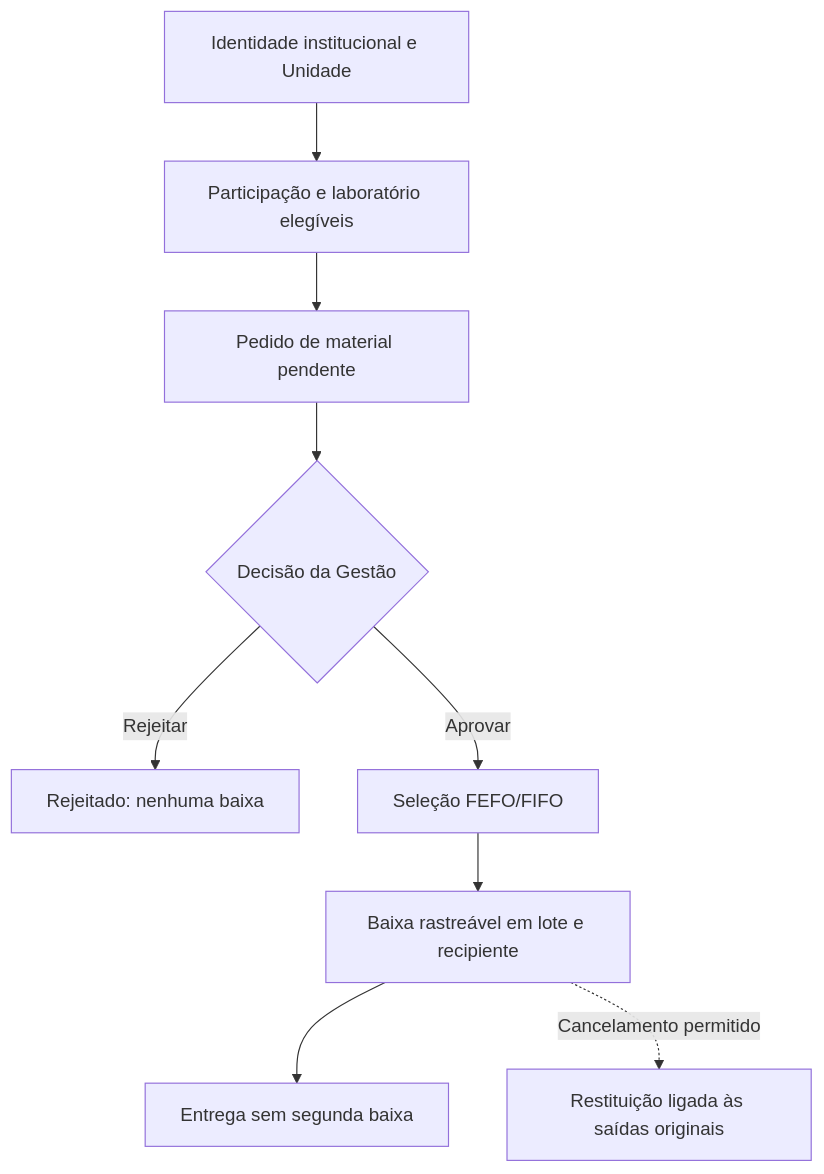
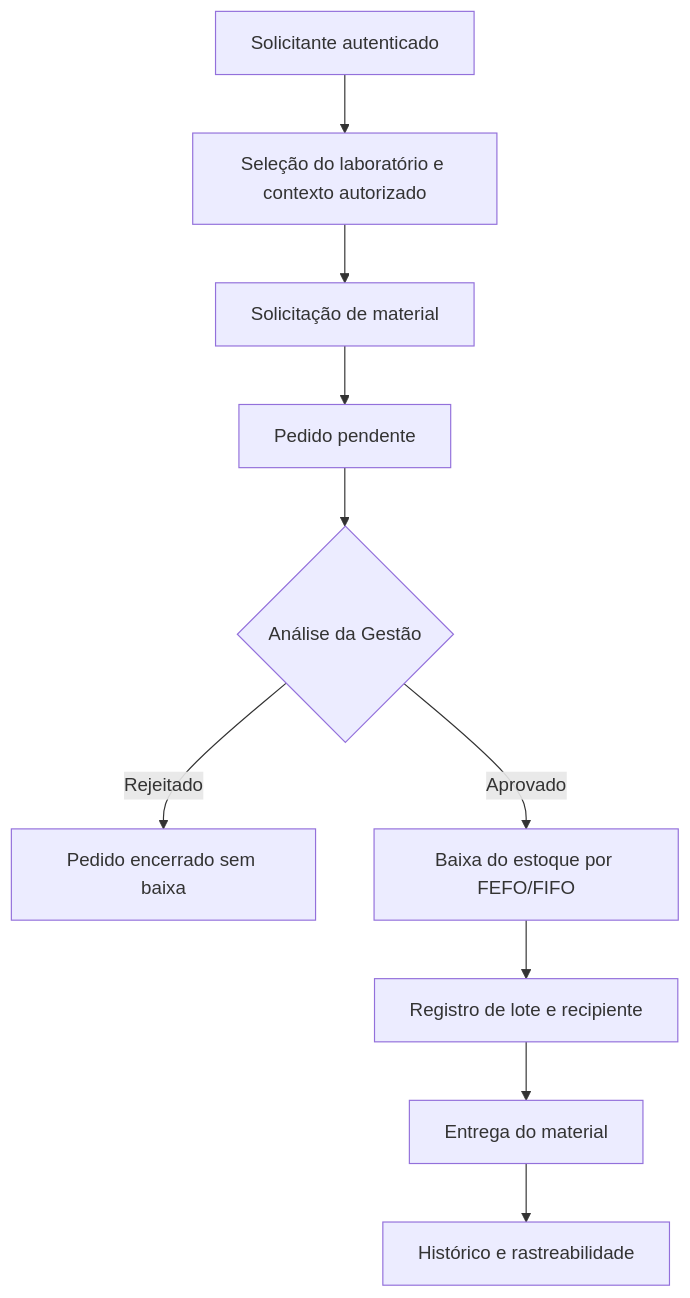
Before and after one commit to gbsalermo/Sistema-SGL: the first of 2 diagrams in README.md, drawn with Mermaid. The commit also changed other lines of this file, not shown here.

````diff
--- a/README.md
+++ b/README.md
@@ -85,11 +77,12 @@
 ```mermaid
 flowchart TD
-    A["Identidade institucional e Unidade"] --> B["Participação e laboratório elegíveis"]
-    B --> C["Pedido de material pendente"]
-    C --> D{"Decisão da Gestão"}
-    D -->|Rejeitar| R["Rejeitado: nenhuma baixa"]
-    D -->|Aprovar| E["Seleção FEFO/FIFO"]
-    E --> F["Baixa rastreável em lote e recipiente"]
-    F --> G["Entrega sem segunda baixa"]
-    F -.->|"Cancelamento permitido"| H["Restituição ligada às saídas originais"]
+    A["Solicitante autenticado"] --> B["Seleção do laboratório e contexto autorizado"]
+    B --> C["Solicitação de material"]
+    C --> D["Pedido pendente"]
+    D --> E{"Análise da Gestão"}
+    E -->|Rejeitado| F["Pedido encerrado sem baixa"]
+    E -->|Aprovado| G["Baixa do estoque por FEFO/FIFO"]
+    G --> H["Registro de lote e recipiente"]
+    H --> I["Entrega do material"]
+    I --> J["Histórico e rastreabilidade"]
 ```
````
